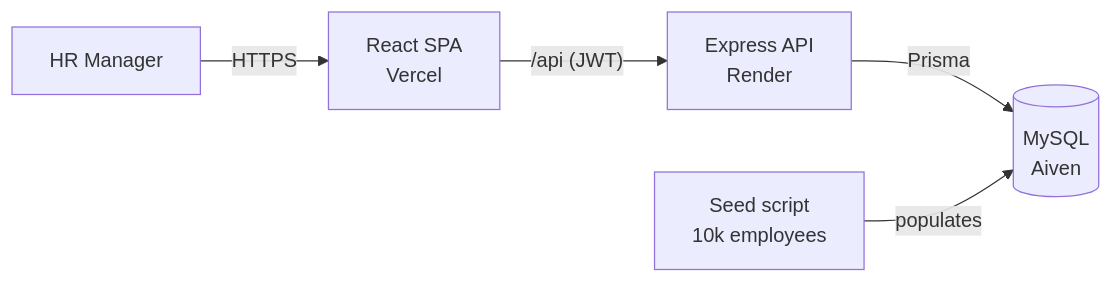
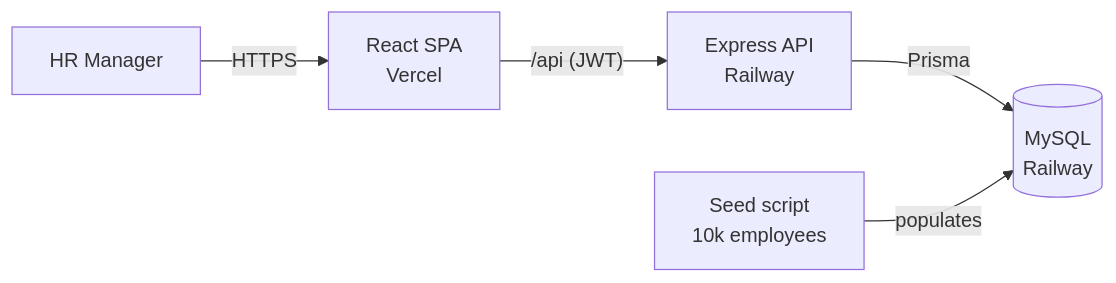
One commit to onojaonoja2/SalaryManagementAssessment changed the diagram in docs/architecture.md. Above: the diagram before and after it, drawn with Mermaid. The commit also changed other lines of this file and 6 other files, not shown here.

````diff
--- a/docs/architecture.md
+++ b/docs/architecture.md
@@ -5,7 +5,7 @@
 ```mermaid
 flowchart LR
   HR[HR Manager] -->|HTTPS| WEB["React SPA<br/>Vercel"]
-  WEB -->|"/api (JWT)"| API["Express API<br/>Render"]
-  API -->|Prisma| DB[("MySQL<br/>Aiven")]
+  WEB -->|"/api (JWT)"| API["Express API<br/>Railway"]
+  API -->|Prisma| DB[("MySQL<br/>Railway")]
   SEED["Seed script<br/>10k employees"] -->|populates| DB
 ```
````
